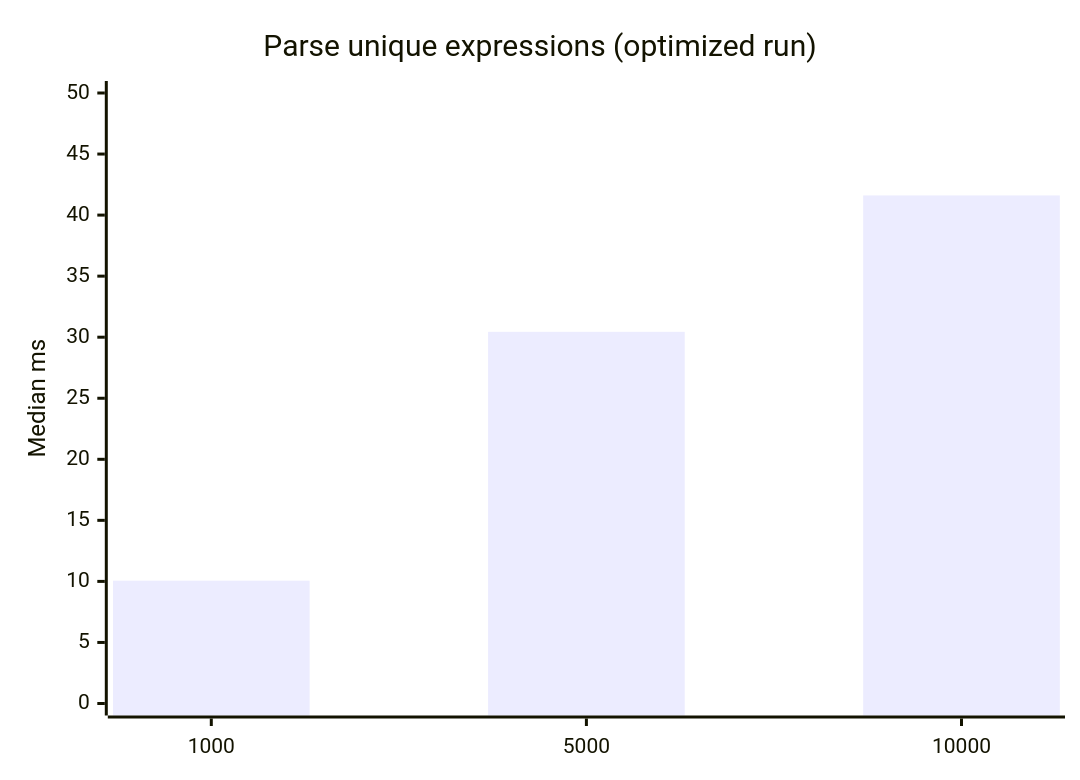
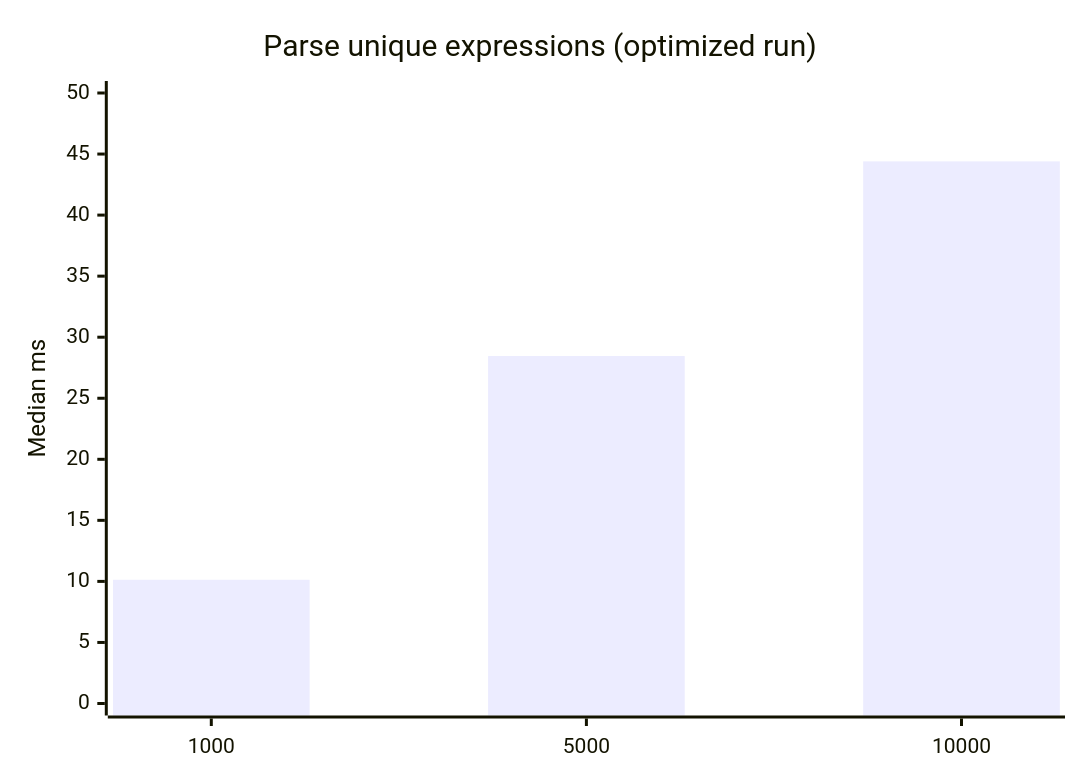
The first of 7 diagrams in reports/rsx-spa-performance/README.md (robert-sanders-software-ontwikkeling/rs-x), drawn with Mermaid before and after one commit. The commit also changed other lines of this file and 4 other files, not shown here.

````diff
--- a/reports/rsx-spa-performance/README.md
+++ b/reports/rsx-spa-performance/README.md
@@ -51,7 +63,7 @@
 ```mermaid
 xychart-beta
   title "Parse unique expressions (optimized run)"
   x-axis [1000, 5000, 10000]
   y-axis "Median ms" 0 --> 50
-  bar [10.057, 30.439, 41.613]
+  bar [10.131, 28.457, 44.399]
 ```
````
